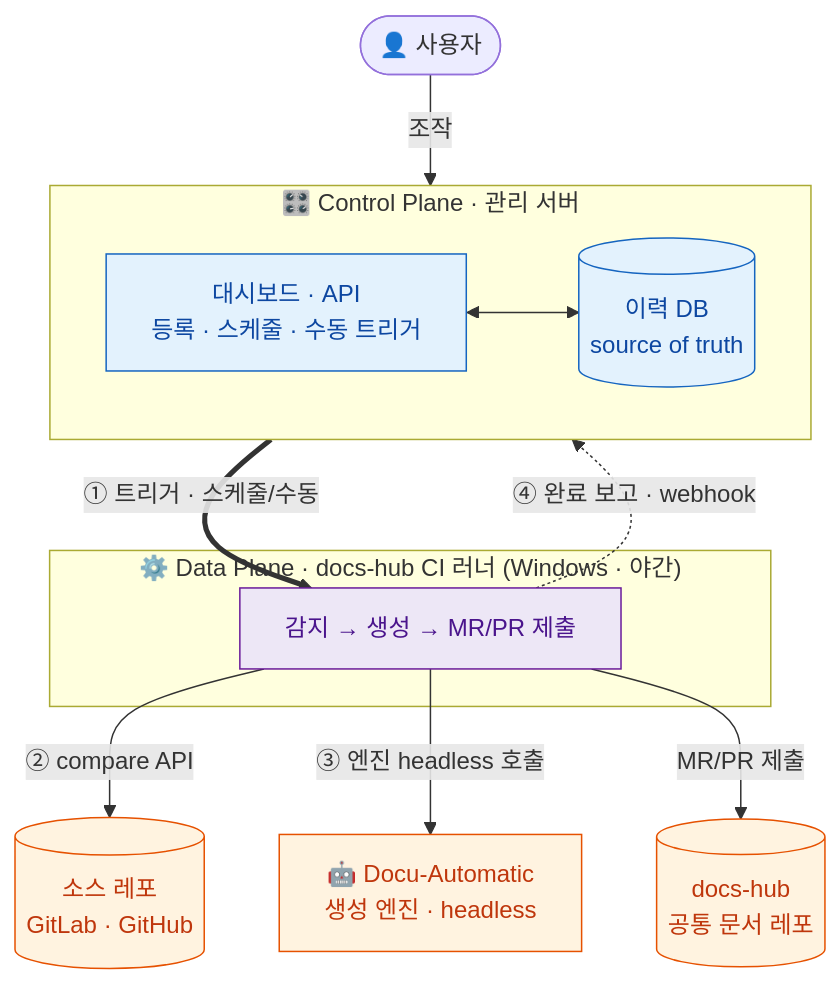
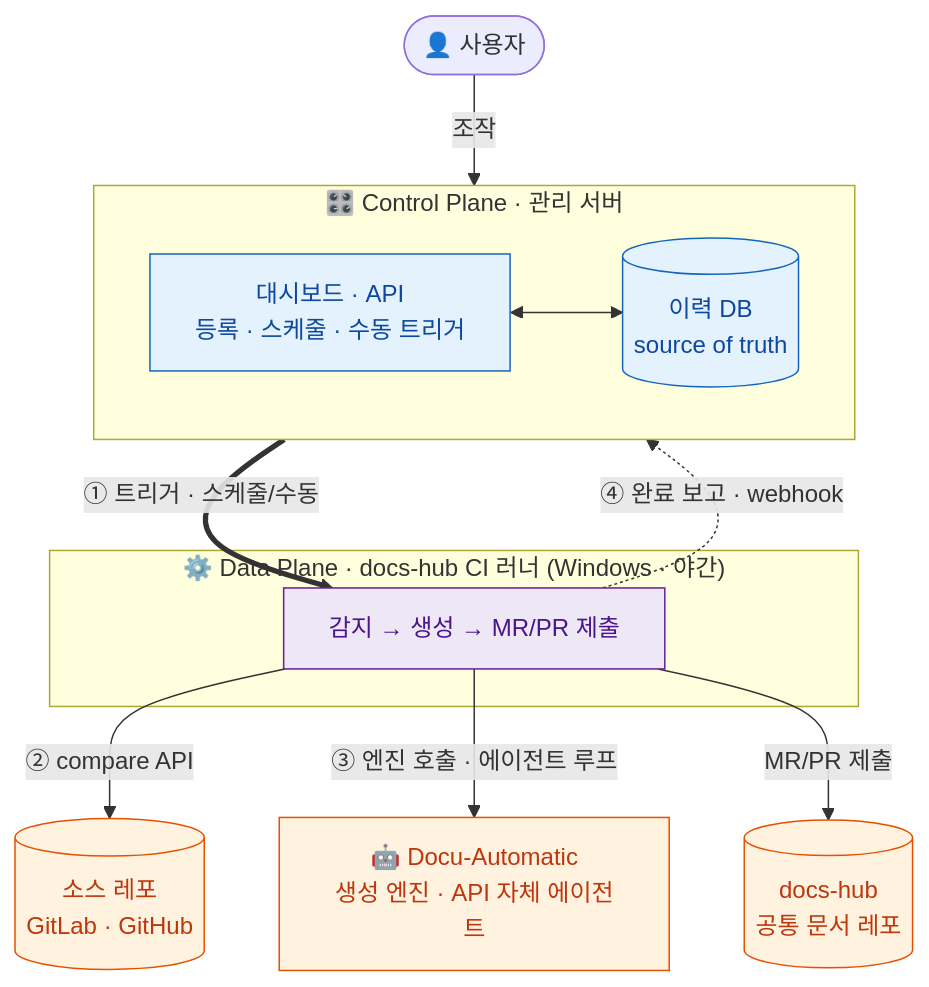
One commit to rhkdguskim/wiki-pipeline changed the first of 2 diagrams in wiki/overview.md. Above: the diagram before and after it, drawn with Mermaid. The commit also changed other lines of this file and 61 other files, not shown here.

````diff
--- a/wiki/overview.md
+++ b/wiki/overview.md
@@ -20,33 +35,33 @@
 ```mermaid
 flowchart TB
     User(["👤 사용자"])
 
     subgraph CP["🎛️ Control Plane · 관리 서버"]
         direction LR
         Dash["대시보드 · API<br/>등록 · 스케줄 · 수동 트리거"]
         DB[("이력 DB<br/>source of truth")]
         Dash <--> DB
     end
 
     subgraph DP["⚙️ Data Plane · docs-hub CI 러너 (Windows · 야간)"]
         Runner["감지 → 생성 → MR/PR 제출"]
     end
 
-    Engine["🤖 Docu-Automatic<br/>생성 엔진 · headless"]
+    Engine["🤖 Docu-Automatic<br/>생성 엔진 · API 자체 에이전트"]
     Src[("소스 레포<br/>GitLab · GitHub")]
     Hub[("docs-hub<br/>공통 문서 레포")]
 
     User -->|조작| Dash
     Dash ==>|"① 트리거 · 스케줄/수동"| Runner
     Runner -->|"② compare API"| Src
-    Runner -->|"③ 엔진 headless 호출"| Engine
+    Runner -->|"③ 엔진 호출 · 에이전트 루프"| Engine
     Runner -->|"MR/PR 제출"| Hub
     Runner -. "④ 완료 보고 · webhook" .-> DB
 
     classDef control fill:#e3f2fd,stroke:#1565c0,stroke-width:1px,color:#0d47a1;
     classDef data fill:#ede7f6,stroke:#6a1b9a,stroke-width:1px,color:#4a148c;
     classDef ext fill:#fff3e0,stroke:#e65100,stroke-width:1px,color:#bf360c;
     class Dash,DB control
     class Runner data
     class Engine,Src,Hub ext
 ```
````
